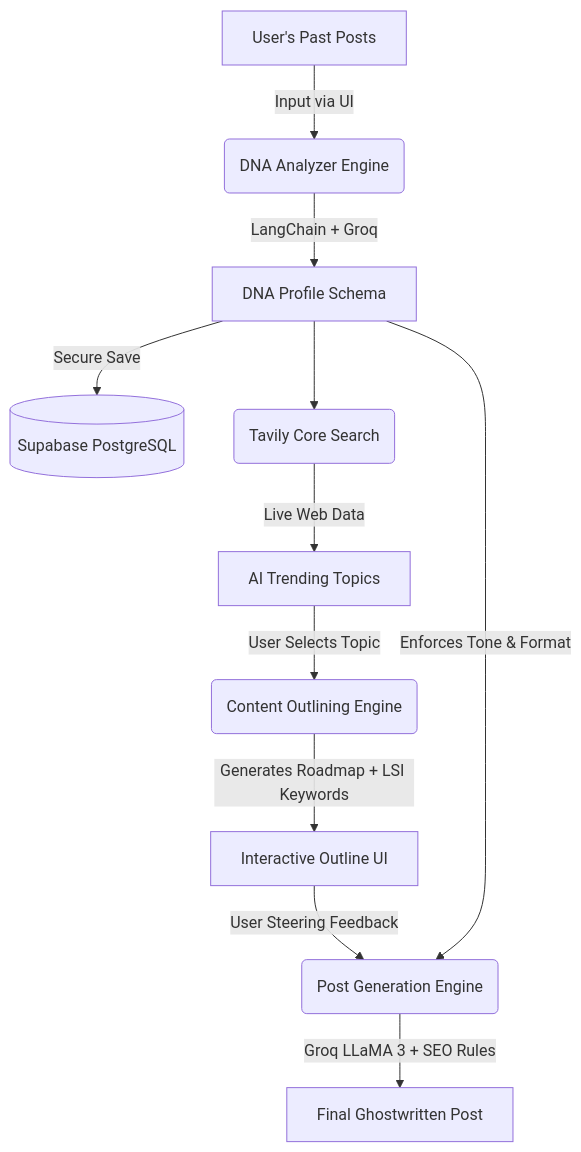
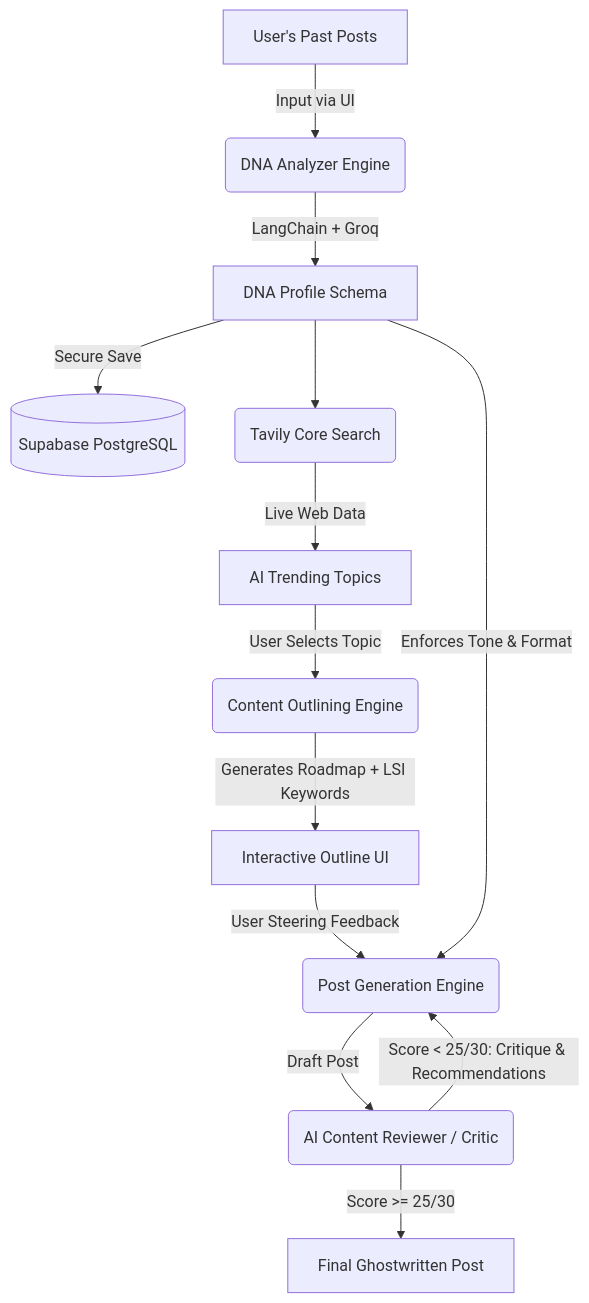
Before and after one commit to sdupadhyay/linkedin-post-generator: the diagram in README.md, drawn with Mermaid. The commit also changed other lines of this file and 3 other files, not shown here.

Commit message:
Added LLM as Reviewer feature: Implement autonomous actor-critic review loop to regenerate posts until quality threshold is met

````diff
--- a/README.md
+++ b/README.md
@@ -23,16 +24,18 @@
 ```mermaid
 graph TD
     A[User's Past Posts] -->|Input via UI| B(DNA Analyzer Engine)
     B -->|LangChain + Groq| C[DNA Profile Schema]
     C -->|Secure Save| D[(Supabase PostgreSQL)]
     
     C --> E(Tavily Core Search)
     E -->|Live Web Data| F[AI Trending Topics]
     
     F -->|User Selects Topic| G(Content Outlining Engine)
     G -->|Generates Roadmap + LSI Keywords| H[Interactive Outline UI]
     H -->|User Steering Feedback| I(Post Generation Engine)
     C -->|Enforces Tone & Format| I
     
-    I -->|Groq LLaMA 3 + SEO Rules| J[Final Ghostwritten Post]
+    I -->|Draft Post| J(AI Content Reviewer / Critic)
+    J -->|Score < 25/30: Critique & Recommendations| I
+    J -->|Score >= 25/30| K[Final Ghostwritten Post]
 ```
````
